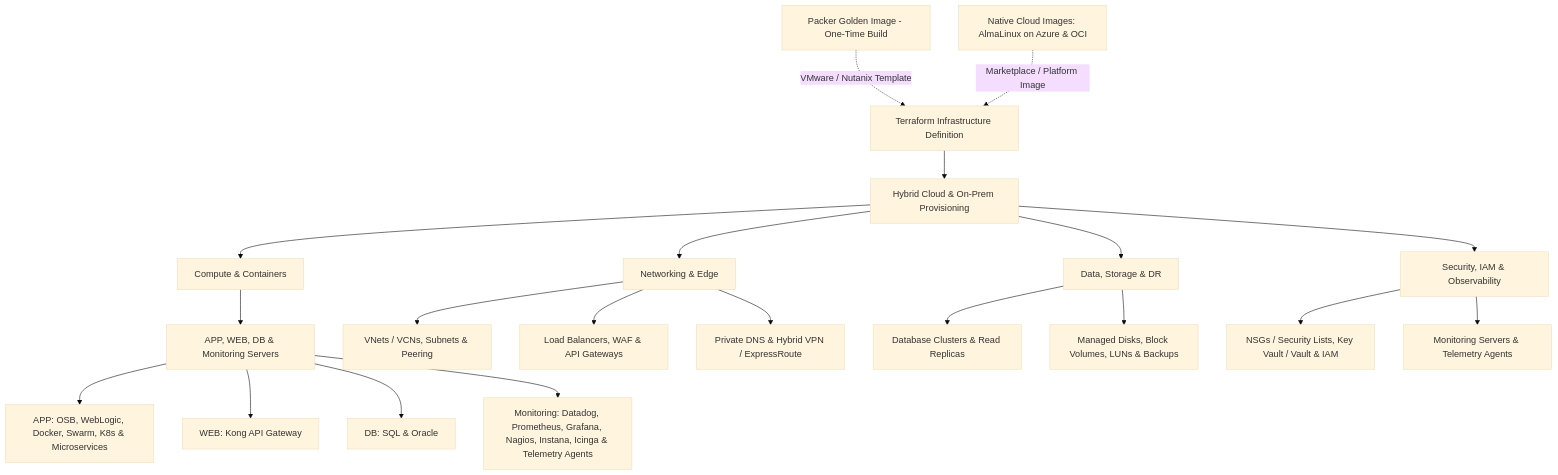
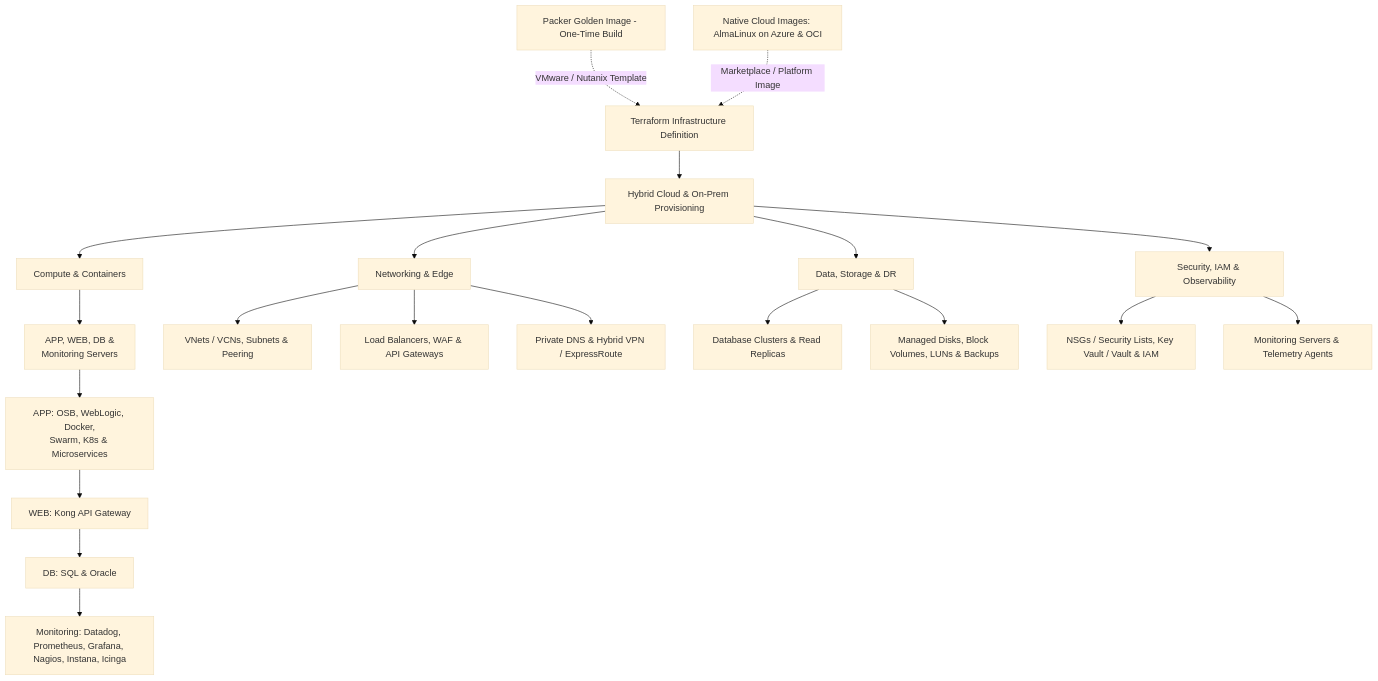
The second of 7 diagrams in docs/index.md (ejpinangog/ejpinangog.github.io), drawn with Mermaid (base theme) before and after one commit.

Commit message:
fix: infrastructure provisioning

````diff
--- a/docs/index.md
+++ b/docs/index.md
@@ -58,28 +58,28 @@
 ```mermaid
 flowchart TD
     PK[Packer Golden Image - One-Time Build] -.->|VMware / Nutanix Template| TF[Terraform Infrastructure Definition]
     CLD[Native Cloud Images: AlmaLinux on Azure & OCI] -.->|Marketplace / Platform Image| TF
 
     TF --> B[Hybrid Cloud & On-Prem Provisioning]
 
     B --> P1[Compute & Containers]
     B --> P2[Networking & Edge]
     B --> P3[Data, Storage & DR]
     B --> P4[Security, IAM & Observability]
 
-    P1 --> C1[APP, WEB, DB & Monitoring Servers]
-    C1 --> APP[APP: OSB, WebLogic, Docker, Swarm, K8s & Microservices]
-    C1 --> WEB[WEB: Kong API Gateway]
-    C1 --> DB[DB: SQL & Oracle]
-    C1 --> MON[Monitoring: Datadog, Prometheus, Grafana, Nagios, Instana, Icinga & Telemetry Agents]
+    P1 --> C1[APP, WEB, DB &<br/>Monitoring Servers]
+    C1 --> APP[APP: OSB, WebLogic, Docker,<br/>Swarm, K8s & Microservices]
+    APP --> WEB[WEB: Kong API Gateway]
+    WEB --> DB[DB: SQL & Oracle]
+    DB --> MON[Monitoring: Datadog, Prometheus, Grafana, Nagios, Instana, Icinga]
 
     P2 --> N1[VNets / VCNs, Subnets & Peering]
     P2 --> N2[Load Balancers, WAF & API Gateways]
     P2 --> N3[Private DNS & Hybrid VPN / ExpressRoute]
 
     P3 --> D1[Database Clusters & Read Replicas]
     P3 --> D2[Managed Disks, Block Volumes, LUNs & Backups]
 
     P4 --> S1[NSGs / Security Lists, Key Vault / Vault & IAM]
     P4 --> S2[Monitoring Servers & Telemetry Agents]
 ```
````
